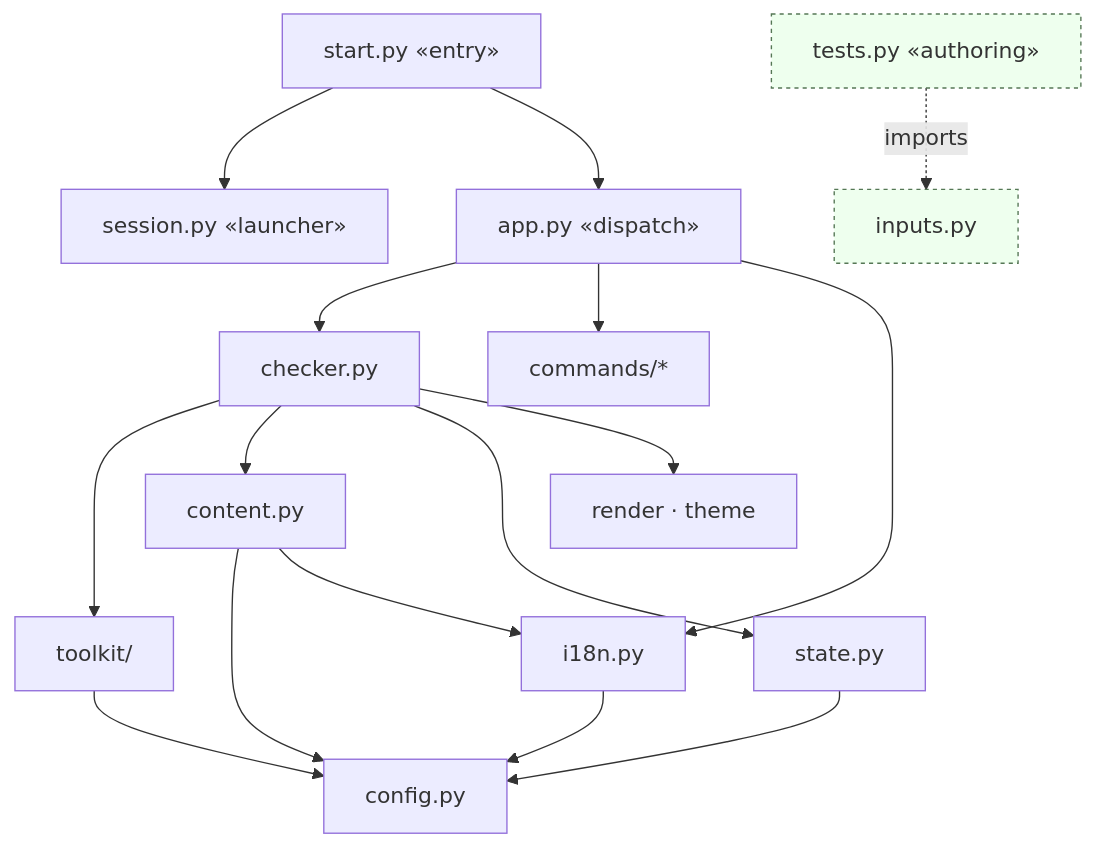
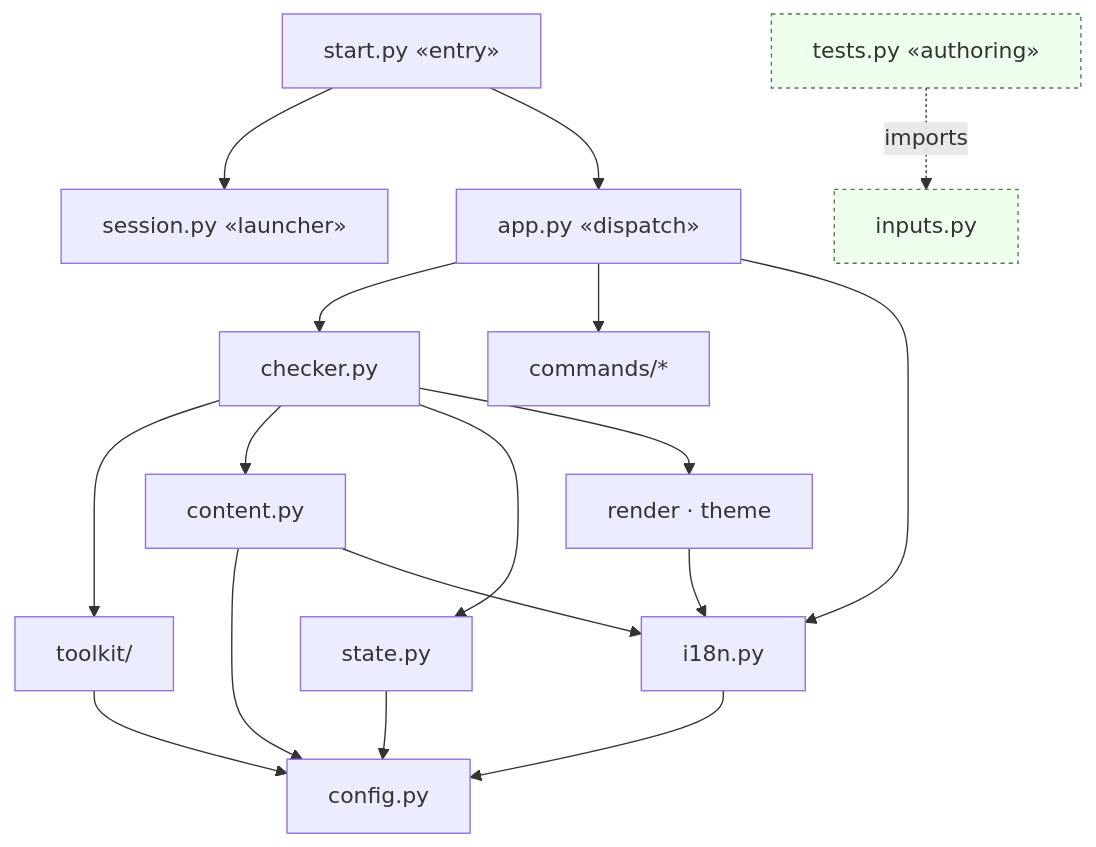
Before and after one commit to N041M/PyQuest: the first of 11 diagrams in docs/diagrams/engine-core.md, drawn with Mermaid. The commit also changed 1 other file, not shown here.

Commit message:
docs: i18n sits above render and content; draw the real edges

````diff
--- a/docs/diagrams/engine-core.md
+++ b/docs/diagrams/engine-core.md
@@ -7,20 +7,21 @@
 ```mermaid
 flowchart TB
     play["start.py «entry»"] --> session["session.py «launcher»"]
     play --> app["app.py «dispatch»"]
     app --> checker["checker.py"]
     app --> commands["commands/*"]
     app --> i18n["i18n.py"]
     checker --> toolkit["toolkit/"]
     checker --> content["content.py"]
     checker --> state["state.py"]
     checker --> render["render · theme"]
     content --> config["config.py"]
     content --> i18n
+    render --> i18n
     i18n --> config
     state --> config
     toolkit --> config
     tests["tests.py «authoring»"] -. imports .-> inputs["inputs.py"]
     classDef seam fill:#efe,stroke:#575,stroke-dasharray:3 3;
     class tests,inputs seam;
 ```
````
